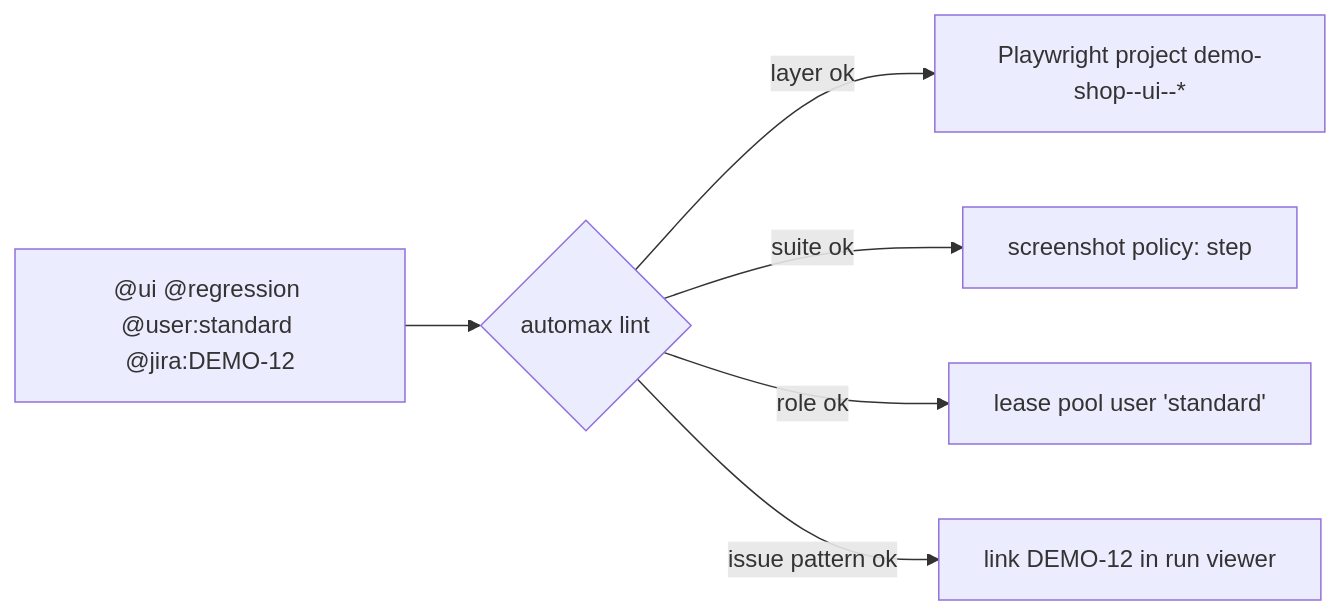
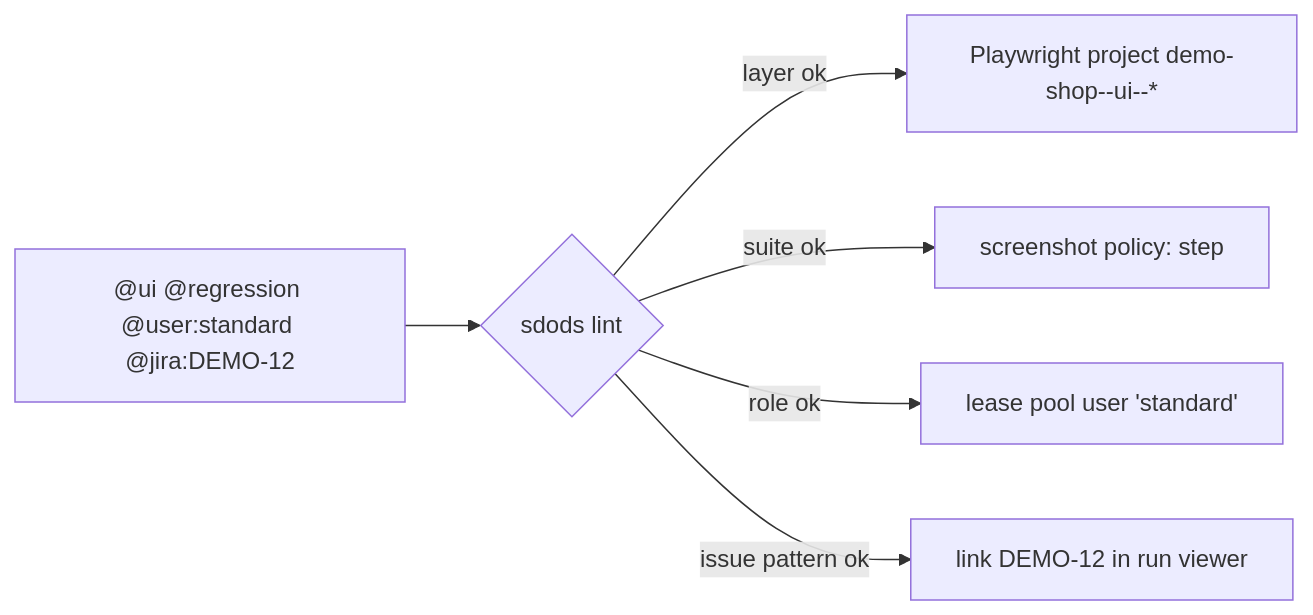
The diagram in apps/docs/content/docs/guides/tags-and-suites.mdx (YarlisAISolutions/SDODS), drawn with Mermaid before and after one commit. The commit also changed other lines of this file and 466 other files, not shown here.

````diff
--- a/apps/docs/content/docs/guides/tags-and-suites.mdx
+++ b/apps/docs/content/docs/guides/tags-and-suites.mdx
@@ -28,8 +28,8 @@
 ```mermaid
 flowchart LR
-  T["@ui @regression @user:standard @jira:DEMO-12"] --> L{"automax lint"}
+  T["@ui @regression @user:standard @jira:DEMO-12"] --> L{"sdods lint"}
   L -->|layer ok| P["Playwright project demo-shop--ui--*"]
   L -->|suite ok| S["screenshot policy: step"]
   L -->|role ok| U["lease pool user 'standard'"]
   L -->|issue pattern ok| J["link DEMO-12 in run viewer"]
 ```
````
